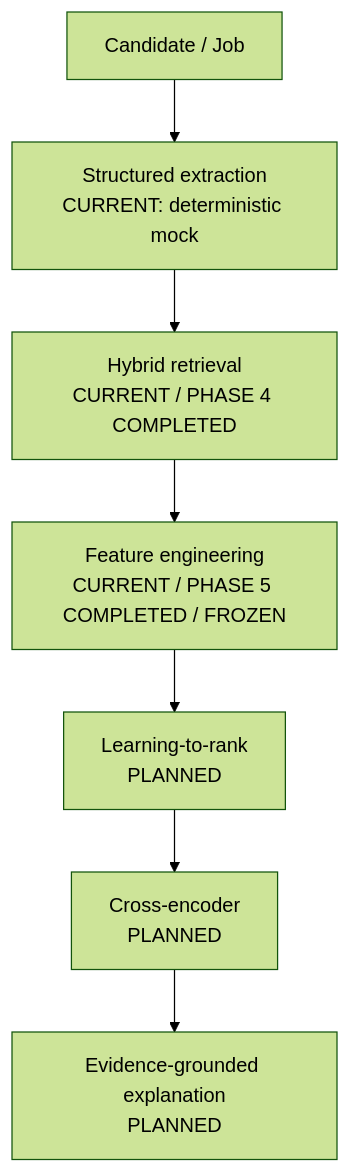
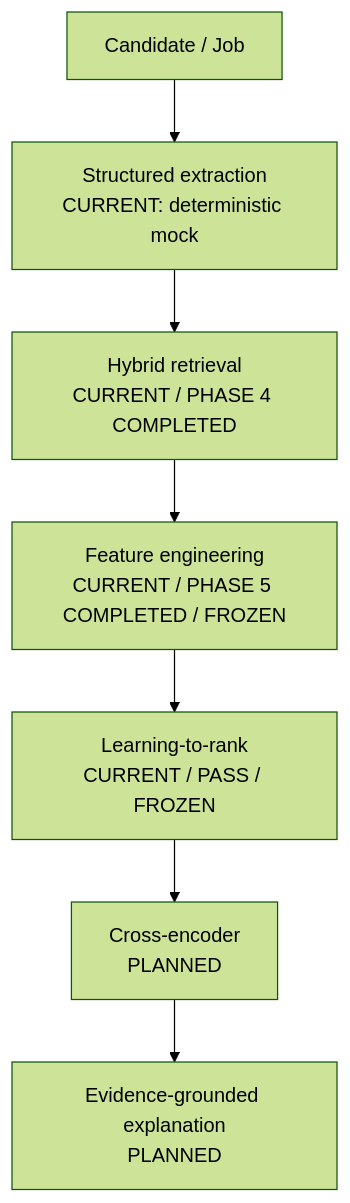
The second of 2 diagrams in docs/architecture.md (rM0on/peoplematch-agent), drawn with Mermaid (forest theme) before and after one commit. The commit also changed other lines of this file and 40 other files, not shown here.

````diff
--- a/docs/architecture.md
+++ b/docs/architecture.md
@@ -59,9 +60,9 @@
 ```mermaid
 flowchart TD
     Input["Candidate / Job"] --> Parser["Structured extraction\nCURRENT: deterministic mock"]
     Parser --> Retrieval["Hybrid retrieval\nCURRENT / PHASE 4 COMPLETED"]
 Retrieval --> Features["Feature engineering\nCURRENT / PHASE 5 COMPLETED / FROZEN"]
-    Features --> LTR["Learning-to-rank\nPLANNED"]
+    Features --> LTR["Learning-to-rank\nCURRENT / PASS / FROZEN"]
     LTR --> CrossEncoder["Cross-encoder\nPLANNED"]
     CrossEncoder --> Explanation["Evidence-grounded explanation\nPLANNED"]
 ```
````
